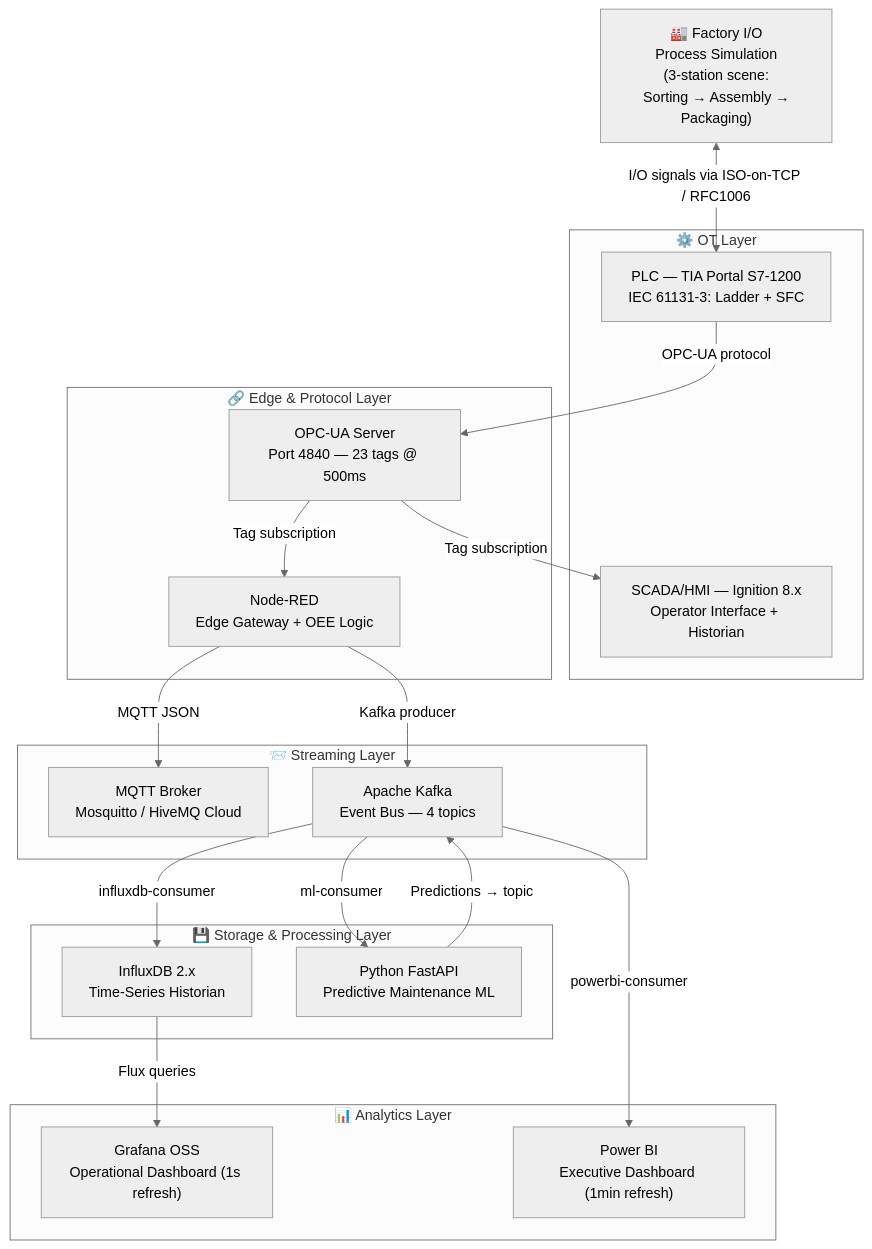
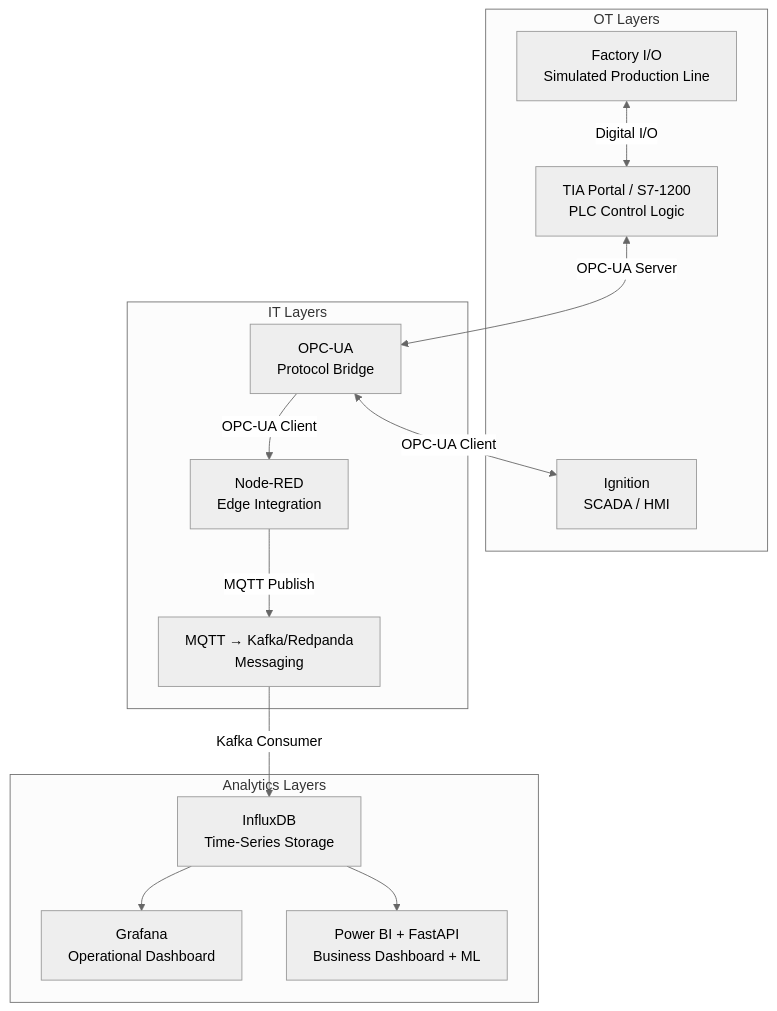
Before and after one commit to younessTebbaq/SmartLine-360: the diagram in README.md, drawn with Mermaid (neutral theme).

Commit message:
Refactor README for better structure and readability
Updated README.md to improve formatting and content clarity.

````diff
--- a/README.md
+++ b/README.md
@@ -63,41 +63,29 @@
 ```mermaid
-graph TD
-    FIO["🏭 Factory I/O\nProcess Simulation\n(3-station scene:\n Sorting → Assembly → Packaging)"]
-
-    subgraph OT ["⚙️  OT Layer"]
-        TIA["PLC — TIA Portal S7-1200\nIEC 61131-3: Ladder + SFC"]
-        IGN["SCADA/HMI — Ignition 8.x\nOperator Interface + Historian"]
+flowchart TD
+    subgraph OT["OT Layers"]
+        A[Factory I/O<br/>Simulated Production Line]
+        B[TIA Portal / S7-1200<br/>PLC Control Logic]
+        C[Ignition<br/>SCADA / HMI]
     end
 
-    subgraph EDGE ["🔗  Edge & Protocol Layer"]
-        OPC["OPC-UA Server\nPort 4840 — 23 tags @ 500ms"]
-        NR["Node-RED\nEdge Gateway + OEE Logic"]
+    subgraph IT["IT Layers"]
+        D[OPC-UA<br/>Protocol Bridge]
+        E[Node-RED<br/>Edge Integration]
+        F[MQTT → Kafka/Redpanda<br/>Messaging]
     end
 
-    subgraph STREAM ["📨  Streaming Layer"]
-        MQTT["MQTT Broker\nMosquitto / HiveMQ Cloud"]
-        KAFKA["Apache Kafka\nEvent Bus — 4 topics"]
+    subgraph Analytics["Analytics Layers"]
+        G[InfluxDB<br/>Time-Series Storage]
+        H[Grafana<br/>Operational Dashboard]
+        I[Power BI + FastAPI<br/>Business Dashboard + ML]
     end
 
-    subgraph STORAGE ["💾  Storage & Processing Layer"]
-        IDB["InfluxDB 2.x\nTime-Series Historian"]
-        ML["Python FastAPI\nPredictive Maintenance ML"]
-    end
-
-    subgraph ANALYTICS ["📊  Analytics Layer"]
-        GRAF["Grafana OSS\nOperational Dashboard (1s refresh)"]
-        PBI["Power BI\nExecutive Dashboard (1min refresh)"]
-    end
-
-    FIO <-->|"I/O signals via ISO-on-TCP / RFC1006"| TIA
-    TIA -->|"OPC-UA protocol"| OPC
-    OPC -->|"Tag subscription"| IGN
-    OPC -->|"Tag subscription"| NR
-    NR -->|"MQTT JSON"| MQTT
-    NR -->|"Kafka producer"| KAFKA
-    KAFKA -->|"influxdb-consumer"| IDB
-    KAFKA -->|"ml-consumer"| ML
-    KAFKA -->|"powerbi-consumer"| PBI
-    IDB -->|"Flux queries"| GRAF
-    ML -->|"Predictions → topic"| KAFKA
+    A <-->|Digital I/O| B
+    B <-->|OPC-UA Server| D
+    D <-->|OPC-UA Client| C
+    D -->|OPC-UA Client| E
+    E -->|MQTT Publish| F
+    F -->|Kafka Consumer| G
+    G --> H
+    G --> I
 ```
````
